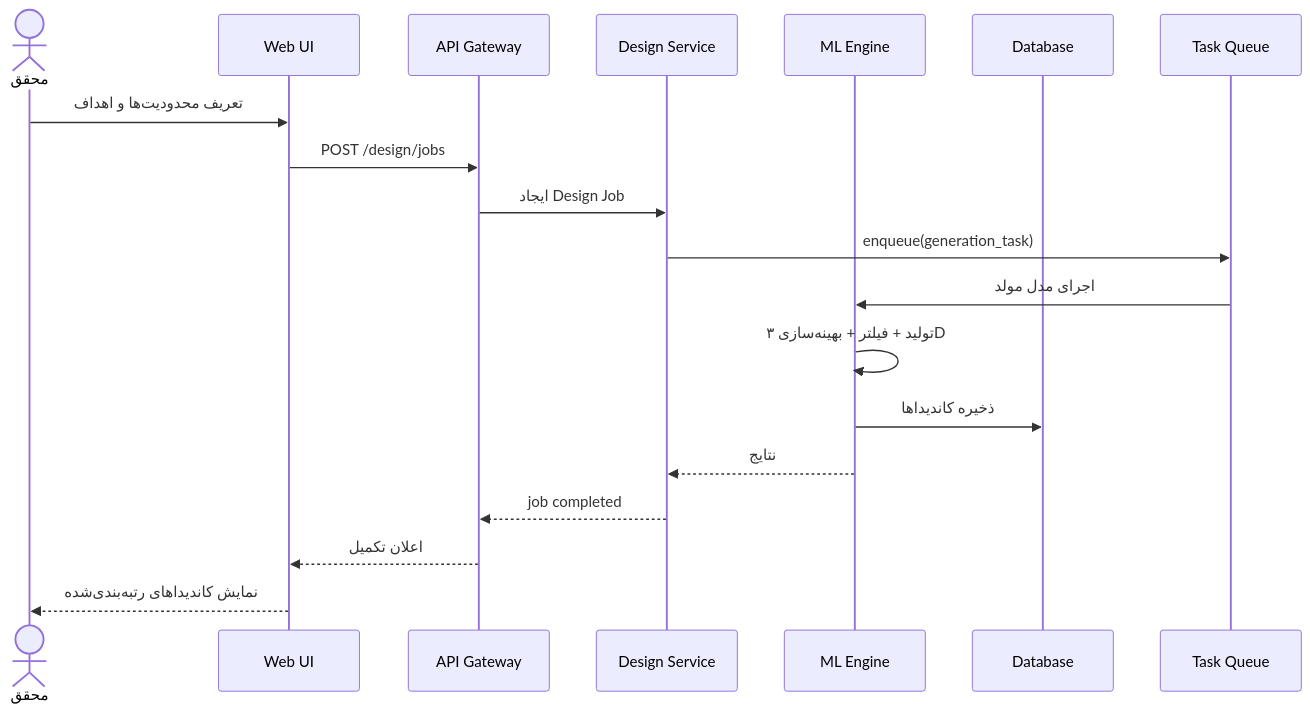
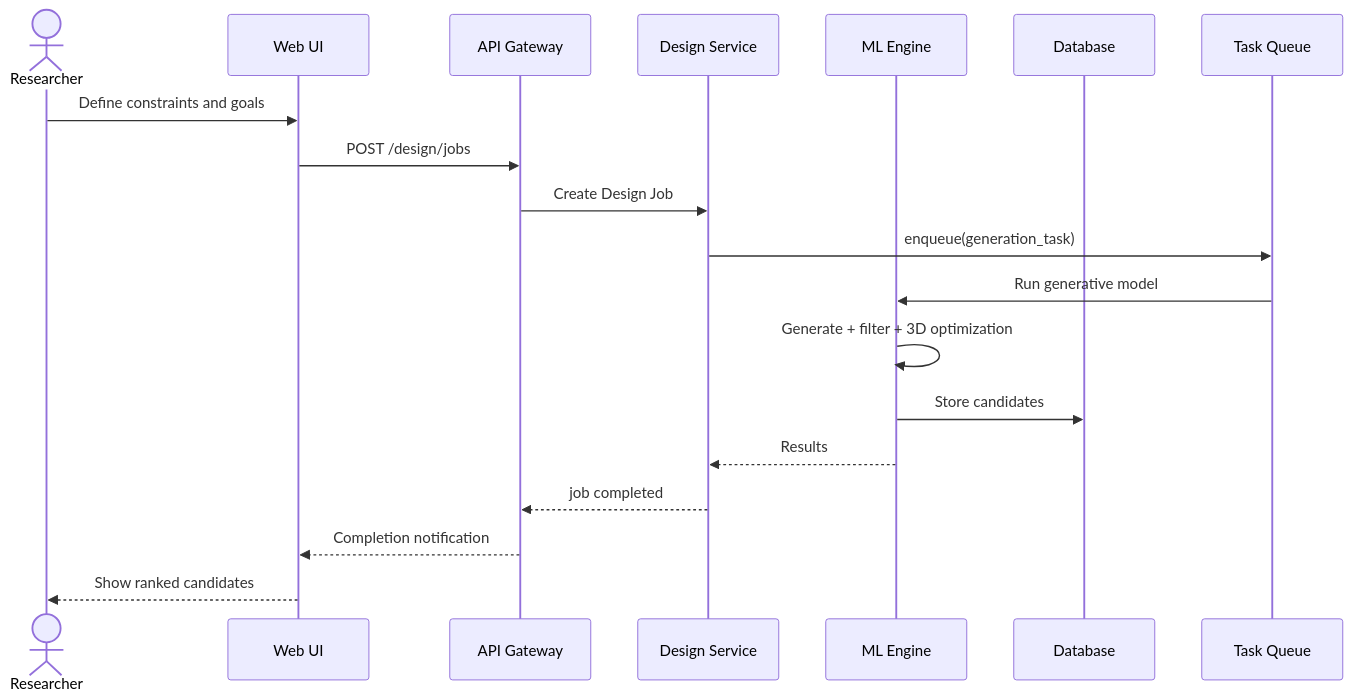
Before and after one commit to parsasohrab1/barekat-gen-therapy: the sixth of 10 diagrams in docs/ARCHITECTURE.md, drawn with Mermaid. The commit also changed other lines of this file and 21 other files, not shown here.

````diff
--- a/docs/ARCHITECTURE.md
+++ b/docs/ARCHITECTURE.md
@@ -395,22 +395,22 @@
 ```mermaid
 sequenceDiagram
-    actor User as محقق
+    actor User as Researcher
     participant UI as Web UI
     participant API as API Gateway
     participant Design as Design Service
     participant ML as ML Engine
     participant DB as Database
     participant Queue as Task Queue
 
-    User->>UI: تعریف محدودیت‌ها و اهداف
+    User->>UI: Define constraints and goals
     UI->>API: POST /design/jobs
-    API->>Design: ایجاد Design Job
+    API->>Design: Create Design Job
     Design->>Queue: enqueue(generation_task)
-    Queue->>ML: اجرای مدل مولد
-    ML->>ML: تولید + فیلتر + بهینه‌سازی ۳D
-    ML->>DB: ذخیره کاندیداها
-    ML-->>Design: نتایج
+    Queue->>ML: Run generative model
+    ML->>ML: Generate + filter + 3D optimization
+    ML->>DB: Store candidates
+    ML-->>Design: Results
     Design-->>API: job completed
-    API-->>UI: اعلان تکمیل
-    UI-->>User: نمایش کاندیداهای رتبه‌بندی‌شده
+    API-->>UI: Completion notification
+    UI-->>User: Show ranked candidates
 ```
````
